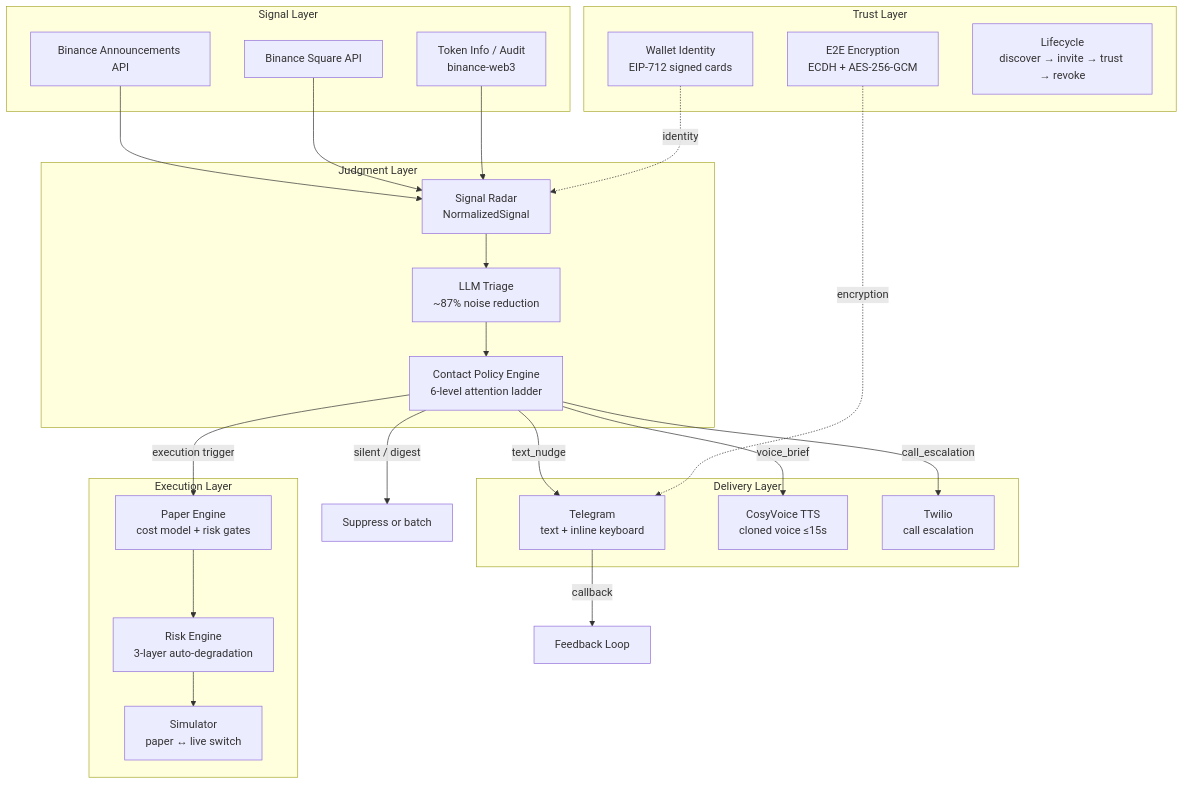
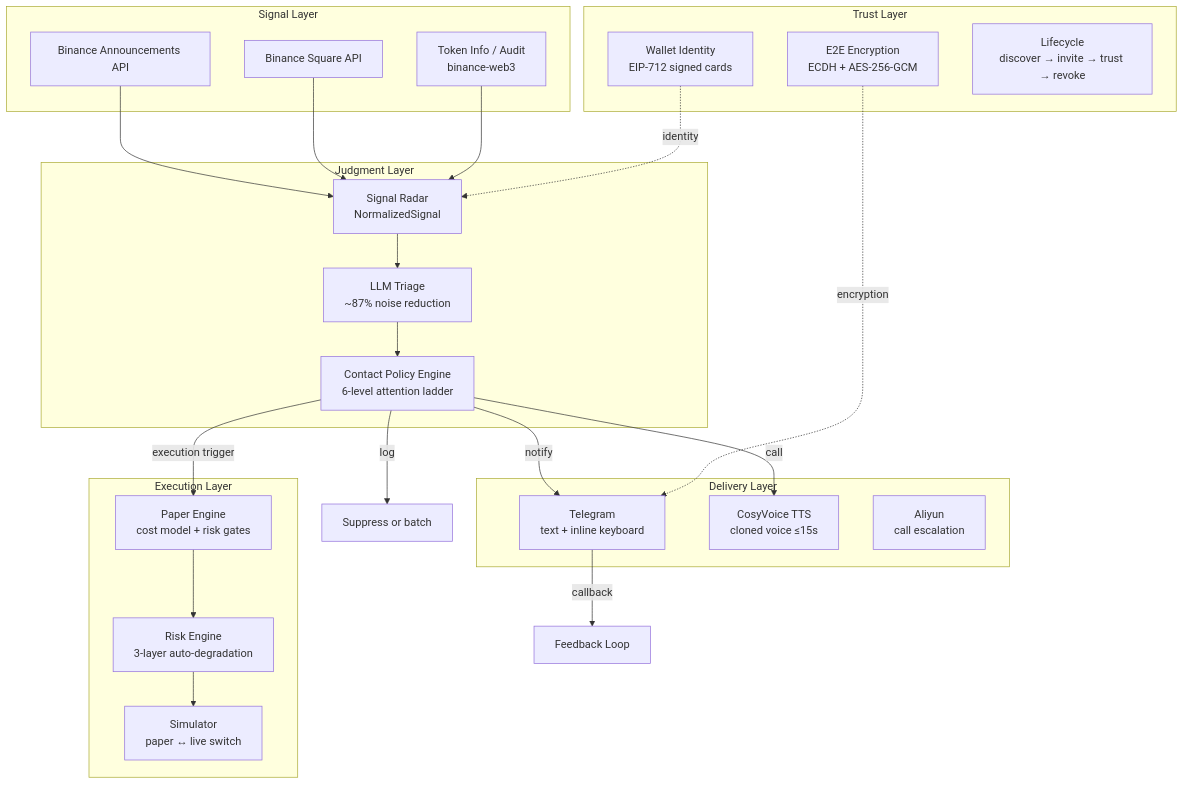
The diagram in docs/JUDGE_GUIDE.md (wilsen0/Vigil), drawn with Mermaid before and after one commit. The commit also changed other lines of this file and 13 other files, not shown here.

````diff
--- a/docs/JUDGE_GUIDE.md
+++ b/docs/JUDGE_GUIDE.md
@@ -48,48 +48,47 @@
 ```mermaid
 graph TB
     subgraph Signal Layer
         BA[Binance Announcements API]
         BS[Binance Square API]
         TI[Token Info / Audit<br/>binance-web3]
     end
 
     subgraph Judgment Layer
         SR[Signal Radar<br/>NormalizedSignal]
         LLM[LLM Triage<br/>~87% noise reduction]
         CP[Contact Policy Engine<br/>6-level attention ladder]
     end
 
     subgraph Execution Layer
         PE[Paper Engine<br/>cost model + risk gates]
         RE[Risk Engine<br/>3-layer auto-degradation]
         SIM[Simulator<br/>paper ↔ live switch]
     end
 
     subgraph Delivery Layer
         TG[Telegram<br/>text + inline keyboard]
         VC[CosyVoice TTS<br/>cloned voice ≤15s]
-        TW[Twilio<br/>call escalation]
+        TW[Aliyun<br/>call escalation]
     end
 
     subgraph Trust Layer
         WI[Wallet Identity<br/>EIP-712 signed cards]
         E2E[E2E Encryption<br/>ECDH + AES-256-GCM]
         LC[Lifecycle<br/>discover → invite → trust → revoke]
     end
 
     BA --> SR
     BS --> SR
     TI --> SR
     SR --> LLM
     LLM --> CP
-    CP -->|silent / digest| DROP[Suppress or batch]
-    CP -->|text_nudge| TG
-    CP -->|voice_brief| VC
-    CP -->|call_escalation| TW
+    CP -->|log| DROP[Suppress or batch]
+    CP -->|notify| TG
+    CP -->|call| VC
     CP -->|execution trigger| PE
     PE --> RE
     RE --> SIM
     TG -->|callback| LOOP[Feedback Loop]
     WI -.->|identity| SR
     E2E -.->|encryption| TG
 ```
````
